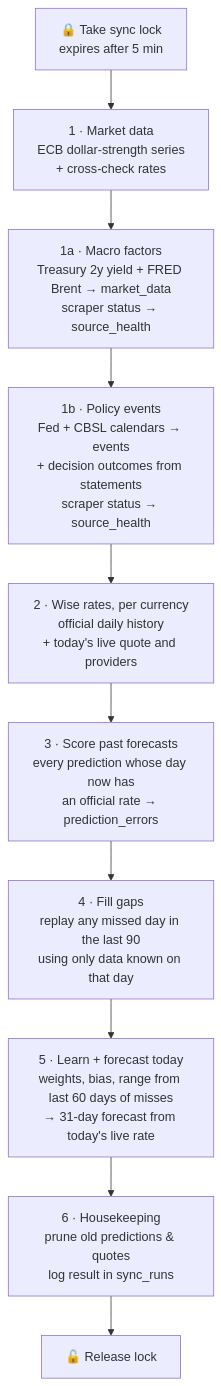
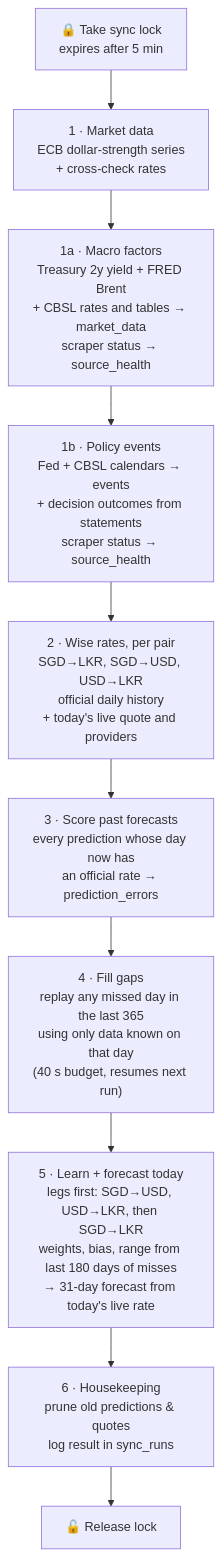
One commit to osandadeshan/ratecast changed the fourth of 7 diagrams in README.md. Above: the diagram before and after it, drawn with Mermaid. The commit also changed other lines of this file and 11 other files, not shown here.

Commit message:
Docs: bring README, AGENTS, CLAUDE, rules and skills up to date (USD→LKR, CBSL data, cbsl_gap, significance gate, tests, local workflow)

````diff
--- a/README.md
+++ b/README.md
@@ -169,12 +173,12 @@
 ```mermaid
 flowchart TD
     L["🔒 Take sync lock<br/>expires after 5 min"] --> M
     M["1 · Market data<br/>ECB dollar-strength series<br/>+ cross-check rates"] --> MA
-    MA["1a · Macro factors<br/>Treasury 2y yield + FRED Brent → market_data<br/>scraper status → source_health"] --> EV
+    MA["1a · Macro factors<br/>Treasury 2y yield + FRED Brent<br/>+ CBSL rates and tables → market_data<br/>scraper status → source_health"] --> EV
     EV["1b · Policy events<br/>Fed + CBSL calendars → events<br/>+ decision outcomes from statements<br/>scraper status → source_health"] --> I
-    I["2 · Wise rates, per currency<br/>official daily history<br/>+ today's live quote and providers"] --> E
+    I["2 · Wise rates, per pair<br/>SGD→LKR, SGD→USD, USD→LKR<br/>official daily history<br/>+ today's live quote and providers"] --> E
     E["3 · Score past forecasts<br/>every prediction whose day now has<br/>an official rate → prediction_errors"] --> R
-    R["4 · Fill gaps<br/>replay any missed day in the last 90<br/>using only data known on that day"] --> F
-    F["5 · Learn + forecast today<br/>weights, bias, range from last 60 days of misses<br/>→ 31-day forecast from today's live rate"] --> H
+    R["4 · Fill gaps<br/>replay any missed day in the last 365<br/>using only data known on that day<br/>(40 s budget, resumes next run)"] --> F
+    F["5 · Learn + forecast today<br/>legs first: SGD→USD, USD→LKR, then SGD→LKR<br/>weights, bias, range from last 180 days of misses<br/>→ 31-day forecast from today's live rate"] --> H
     H["6 · Housekeeping<br/>prune old predictions & quotes<br/>log result in sync_runs"] --> U["🔓 Release lock"]
 ```
````
